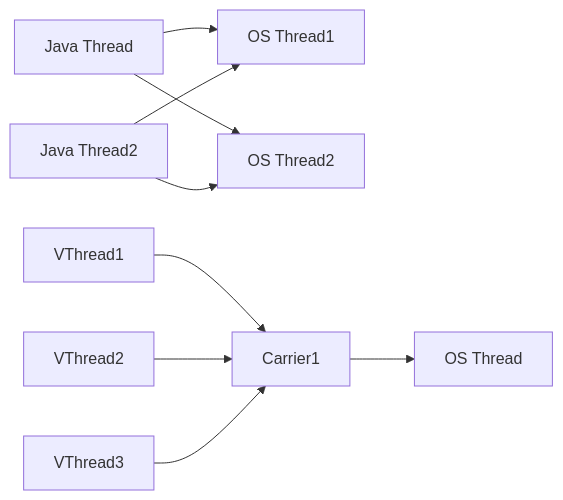
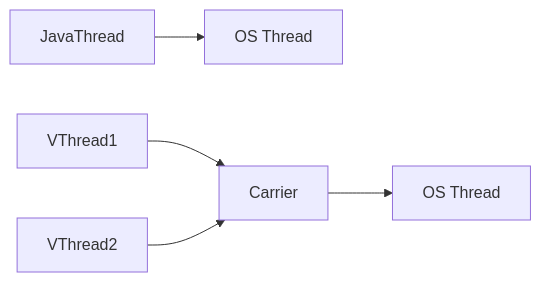
Before and after one commit to yjkim2015/yjkim2015.github.io: the third of 7 diagrams in _posts/java/2026-05-01-java-virtual-thread.md, drawn with Mermaid. The commit also changed other lines of this file and 163 other files, not shown here.

First line of the commit message:
Mermaid 300개 블록 내용 축소: 5노드 5엣지 이하, 의미 있는 약어

````diff
--- a/_posts/java/2026-05-01-java-virtual-thread.md
+++ b/_posts/java/2026-05-01-java-virtual-thread.md
@@ -114,6 +114,6 @@
 ```mermaid
 graph LR
-    JT1[Java Thread] & JT2[Java Thread2] --> OST1[OS Thread1] & OST2[OS Thread2]
-    VT1[VThread1] & VT2[VThread2] & VT3[VThread3] --> CT1[Carrier1]
-    CT1 --> OS1[OS Thread]
+    JT1["JavaThread"] --> OST1["OS Thread"]
+    VT1["VThread1"] & VT2["VThread2"] --> CT1["Carrier"]
+    CT1 --> OS1["OS Thread"]
 ```
````
